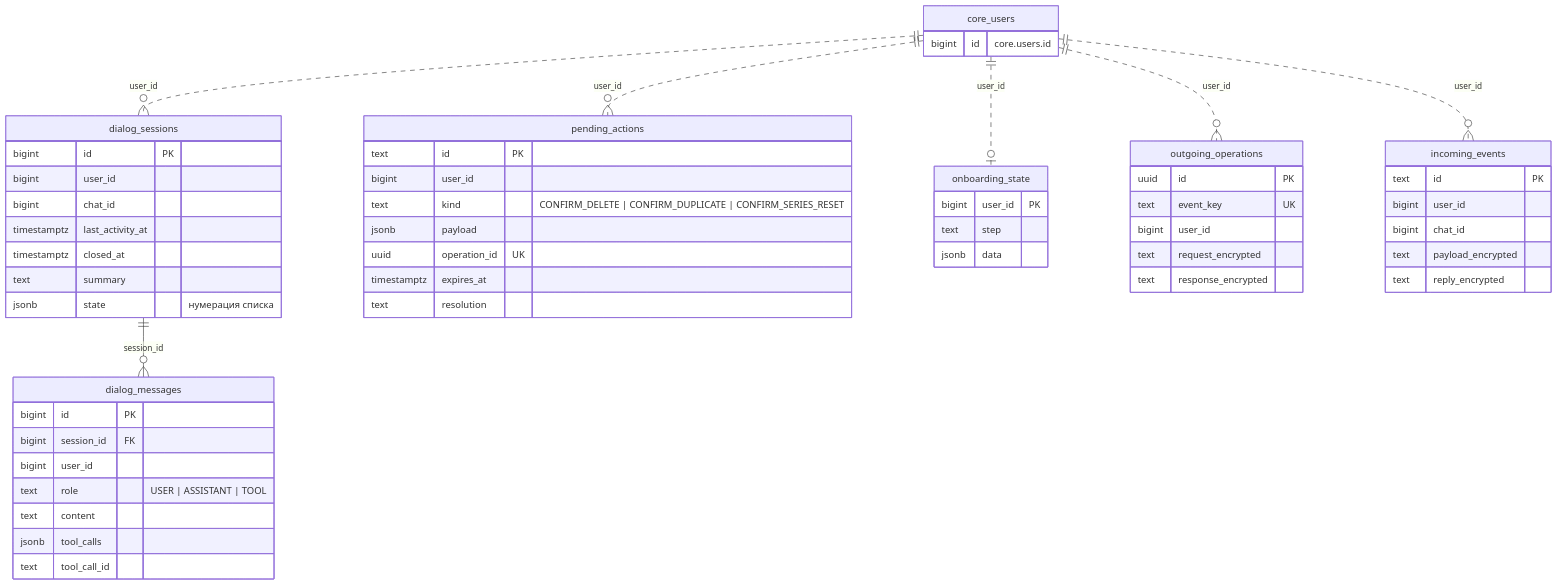
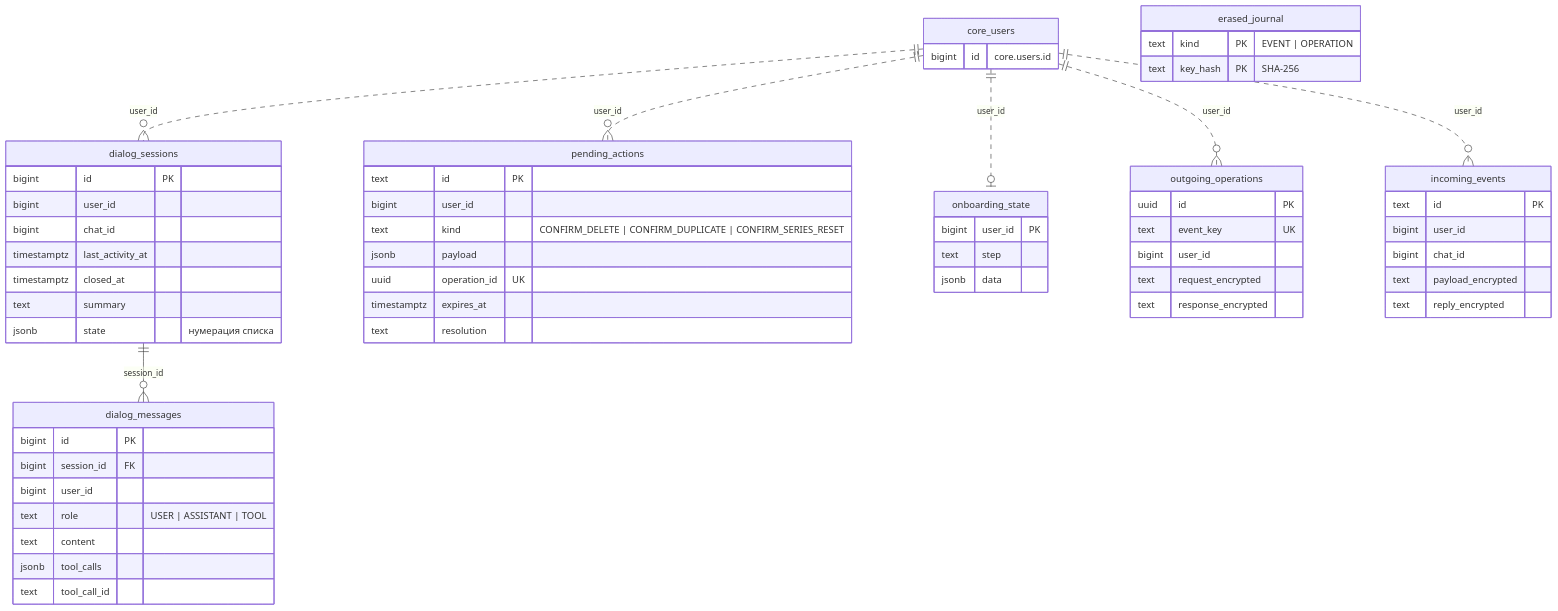
One commit to 1Avalanche/theseus changed the second of 4 diagrams in docs/database.md. Above: the diagram before and after it, drawn with Mermaid. The commit also changed other lines of this file and 53 other files, not shown here.

````diff
--- a/docs/database.md
+++ b/docs/database.md
@@ -109,59 +113,63 @@
 ```mermaid
 erDiagram
     core_users ||..o{ dialog_sessions : "user_id"
     core_users ||..o{ pending_actions : "user_id"
     core_users ||..o| onboarding_state : "user_id"
     core_users ||..o{ outgoing_operations : "user_id"
     core_users ||..o{ incoming_events : "user_id"
     dialog_sessions ||--o{ dialog_messages : "session_id"
 
     core_users {
         bigint id "core.users.id"
     }
     dialog_sessions {
         bigint id PK
         bigint user_id
         bigint chat_id
         timestamptz last_activity_at
         timestamptz closed_at
         text summary
         jsonb state "нумерация списка"
     }
     dialog_messages {
         bigint id PK
         bigint session_id FK
         bigint user_id
         text role "USER | ASSISTANT | TOOL"
         text content
         jsonb tool_calls
         text tool_call_id
     }
     pending_actions {
         text id PK
         bigint user_id
         text kind "CONFIRM_DELETE | CONFIRM_DUPLICATE | CONFIRM_SERIES_RESET"
         jsonb payload
         uuid operation_id UK
         timestamptz expires_at
         text resolution
     }
     onboarding_state {
         bigint user_id PK
         text step
         jsonb data
     }
     outgoing_operations {
         uuid id PK
         text event_key UK
         bigint user_id
         text request_encrypted
         text response_encrypted
     }
     incoming_events {
         text id PK
         bigint user_id
         bigint chat_id
         text payload_encrypted
         text reply_encrypted
     }
+    erased_journal {
+        text kind PK "EVENT | OPERATION"
+        text key_hash PK "SHA-256"
+    }
 ```
````
